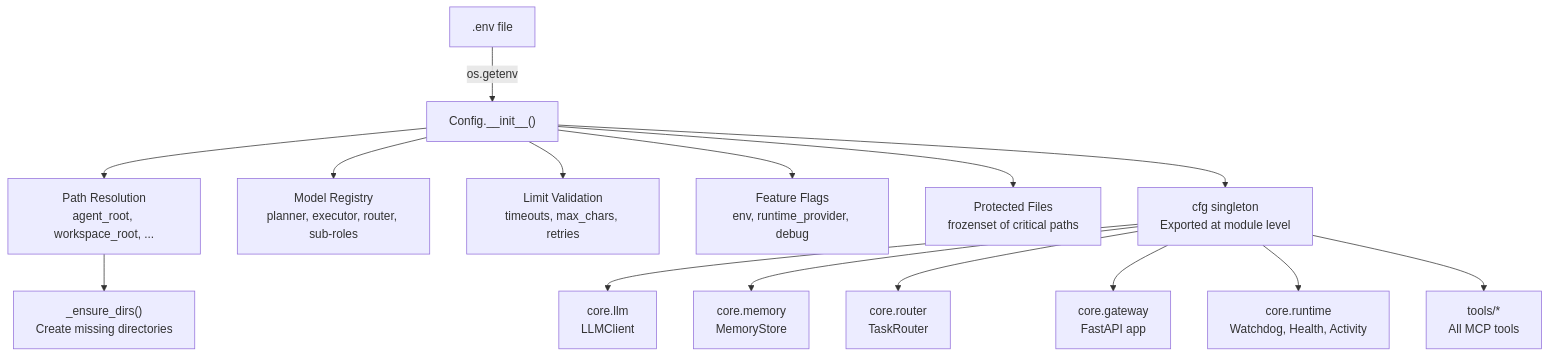
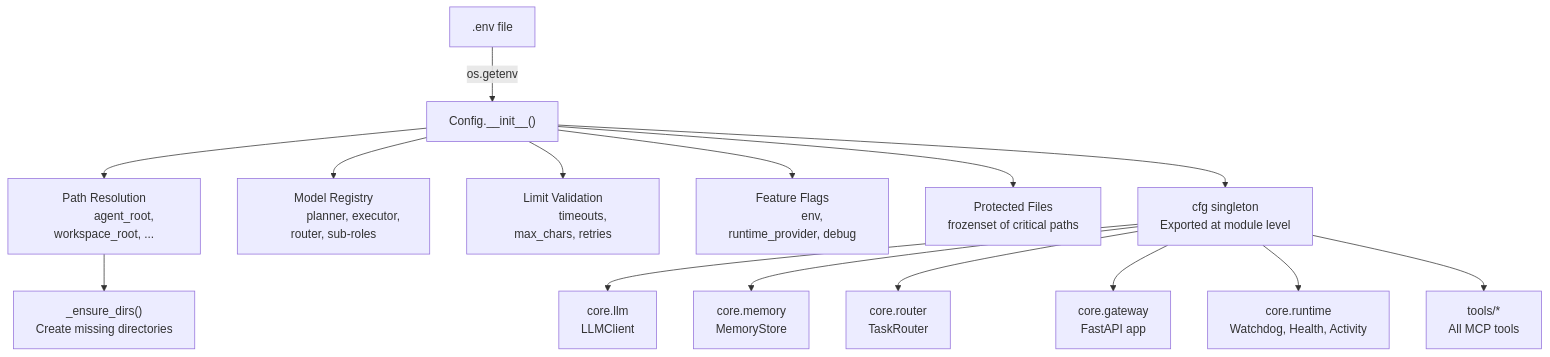
Before and after one commit to brunogcar/agent: the first of 4 diagrams in docs/core/CONFIG.md, drawn with Mermaid. The commit also changed other lines of this file and 17 other files, not shown here.

````diff
--- a/docs/core/CONFIG.md
+++ b/docs/core/CONFIG.md
@@ -18,17 +18,30 @@
 ```mermaid
 graph TD
     A[".env file"] -->|os.getenv| B["Config.__init__()"]
-    B --> C["Path Resolution<br/>agent_root, workspace_root, ..."]
-    B --> D["Model Registry<br/>planner, executor, router, sub-roles"]
-    B --> E["Limit Validation<br/>timeouts, max_chars, retries"]
-    B --> F["Feature Flags<br/>env, runtime_provider, debug"]
-    B --> G["Protected Files<br/>frozenset of critical paths"]
-    C --> H["_ensure_dirs()<br/>Create missing directories"]
-    B --> I["cfg singleton<br/>Exported at module level"]
-    I --> J["core.llm<br/>LLMClient"]
-    I --> K["core.memory<br/>MemoryStore"]
-    I --> L["core.router<br/>TaskRouter"]
-    I --> M["core.gateway<br/>FastAPI app"]
-    I --> N["core.runtime<br/>Watchdog, Health, Activity"]
-    I --> O["tools/*<br/>All MCP tools"]
+    B --> C["Path Resolution
+             agent_root, workspace_root, ..."]
+    B --> D["Model Registry
+             planner, executor, router, sub-roles"]
+    B --> E["Limit Validation
+             timeouts, max_chars, retries"]
+    B --> F["Feature Flags
+             env, runtime_provider, debug"]
+    B --> G["Protected Files
+             frozenset of critical paths"]
+    C --> H["_ensure_dirs()
+             Create missing directories"]
+    B --> I["cfg singleton
+             Exported at module level"]
+    I --> J["core.llm
+             LLMClient"]
+    I --> K["core.memory
+             MemoryStore"]
+    I --> L["core.router
+             TaskRouter"]
+    I --> M["core.gateway
+             FastAPI app"]
+    I --> N["core.runtime
+             Watchdog, Health, Activity"]
+    I --> O["tools/*
+             All MCP tools"]
 ```
````
